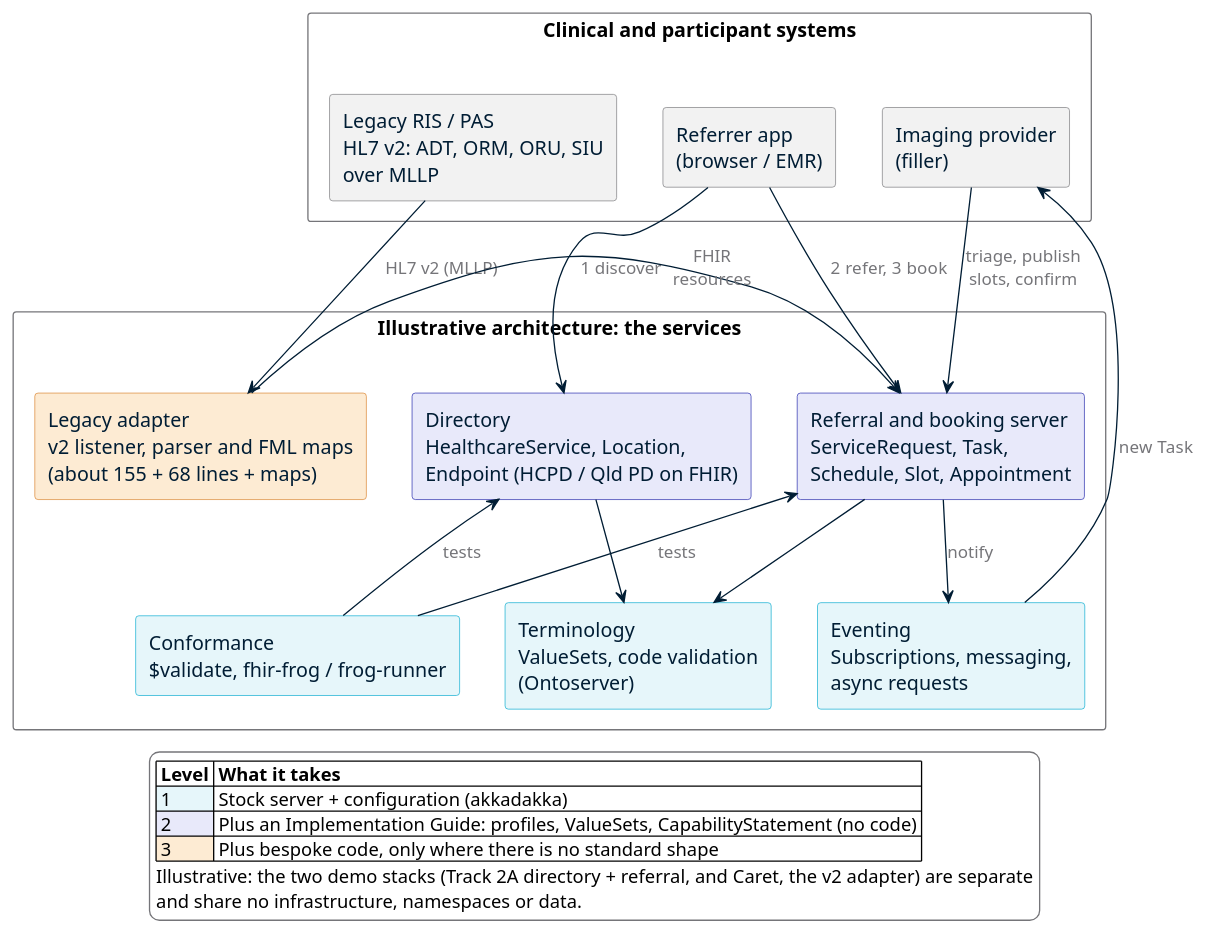
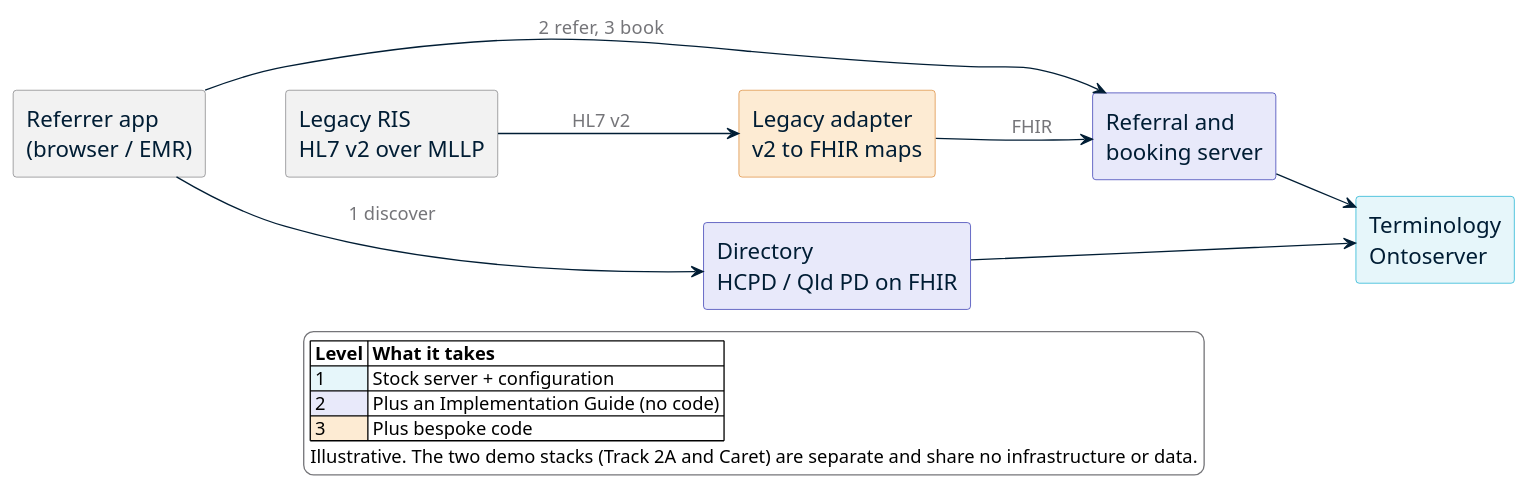
One commit to aehrc/qh-connectathon changed the diagram in 2026-10-29/2-FHIR-For-Services/slides/diagrams/services-architecture.puml. Above: the diagram before and after it, drawn with PlantUML. The commit also changed 8 other files, not shown here.

First line of the commit message:
slides: zoom ladder for the services diagrams (families, map, architecture)

```diff
--- a/2026-10-29/2-FHIR-For-Services/slides/diagrams/services-architecture.puml
+++ b/2026-10-29/2-FHIR-For-Services/slides/diagrams/services-architecture.puml
@@ -1,65 +1,47 @@
 @startuml services-architecture
-' Illustrative architecture for the architects' deck: which FHIR services combine, and where the
-' effort goes (configuration, IG, or bespoke code). The two demo stacks are separate.
+' Illustrative architecture, reduced to six boxes and no crossing lines. Eventing, conformance and the
+' imaging provider are on the service map (services-map.puml) and left out here to keep this readable.
 skinparam backgroundColor transparent
 skinparam shadowing false
 skinparam defaultFontName Calibri
-skinparam defaultFontSize 15
+skinparam defaultFontSize 17
 skinparam componentStyle rectangle
 skinparam ArrowColor #001D34
 skinparam ArrowFontColor #757579
-skinparam ArrowFontSize 13
-skinparam packageStyle rectangle
-skinparam package {
-  BorderColor #757579
-  FontColor #001D34
-  BackgroundColor #FFFFFF
-}
+skinparam ArrowFontSize 14
 skinparam component {
   FontColor #001D34
   BorderColor #757579
 }
 skinparam legend {
   BackgroundColor #FFFFFF
   BorderColor #757579
 }
+left to right direction
 
-package "Clinical and participant systems" as CL {
-  component "Legacy RIS / PAS\nHL7 v2: ADT, ORM, ORU, SIU\nover MLLP" as RIS #F2F2F2
-  component "Imaging provider\n(filler)" as FIL #F2F2F2
-  component "Referrer app\n(browser / EMR)" as REF #F2F2F2
-}
+component "Referrer app\n(browser / EMR)" as REF #F2F2F2
+component "Legacy RIS\nHL7 v2 over MLLP" as RIS #F2F2F2
+component "Directory\nHCPD / Qld PD on FHIR" as DIR #E8E9FA;line:1E22AA
+component "Referral and\nbooking server" as SRV #E8E9FA;line:1E22AA
+component "Legacy adapter\nv2 to FHIR maps" as ADP #FDEBD3;line:D9822B
+component "Terminology\nOntoserver" as TX #E6F6FA;line:00A9CE
 
-package "Illustrative architecture: the services" as AR {
-  component "Directory\nHealthcareService, Location,\nEndpoint (HCPD / Qld PD on FHIR)" as DIR #E8E9FA;line:1E22AA
-  component "Referral and booking server\nServiceRequest, Task,\nSchedule, Slot, Appointment" as SRV #E8E9FA;line:1E22AA
-  component "Legacy adapter\nv2 listener, parser and FML maps\n(about 155 + 68 lines + maps)" as ADP #FDEBD3;line:D9822B
-  component "Eventing\nSubscriptions, messaging,\nasync requests" as EVT #E6F6FA;line:00A9CE
-  component "Terminology\nValueSets, code validation\n(Ontoserver)" as TX #E6F6FA;line:00A9CE
-  component "Conformance\n$validate, fhir-frog / frog-runner" as CON #E6F6FA;line:00A9CE
-}
+REF --> DIR : 1 discover
+REF --> SRV : 2 refer, 3 book
+RIS --> ADP : HL7 v2
+ADP --> SRV : FHIR
+DIR --> TX
+SRV --> TX
 
-REF -down-> DIR : 1 discover
-REF -down-> SRV : 2 refer, 3 book
-FIL -down-> SRV : triage, publish\nslots, confirm
-RIS -down-> ADP : HL7 v2 (MLLP)
-ADP -right-> SRV : FHIR\nresources
-SRV -down-> EVT : notify
-EVT -up-> FIL : new Task
-DIR -down-> TX
-SRV -down-> TX
-CON -up-> SRV : tests
-CON -up-> DIR : tests
-
-SRV -[hidden]right-> DIR
-ADP -[hidden]down-> CON
+REF -[hidden]down-> RIS
+DIR -[hidden]down-> SRV
+SRV -[hidden]down-> ADP
 
 legend bottom
   |= Level |= What it takes |
-  |<#E6F6FA> 1 | Stock server + configuration (akkadakka) |
-  |<#E8E9FA> 2 | Plus an Implementation Guide: profiles, ValueSets, CapabilityStatement (no code) |
-  |<#FDEBD3> 3 | Plus bespoke code, only where there is no standard shape |
-  Illustrative: the two demo stacks (Track 2A directory + referral, and Caret, the v2 adapter) are separate
-  and share no infrastructure, namespaces or data.
+  |<#E6F6FA> 1 | Stock server + configuration |
+  |<#E8E9FA> 2 | Plus an Implementation Guide (no code) |
+  |<#FDEBD3> 3 | Plus bespoke code |
+  Illustrative. The two demo stacks (Track 2A and Caret) are separate and share no infrastructure or data.
 endlegend
 @enduml
```
